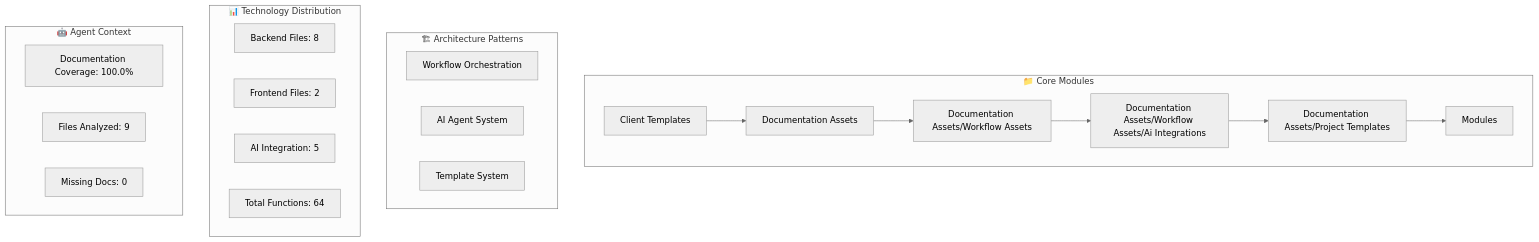
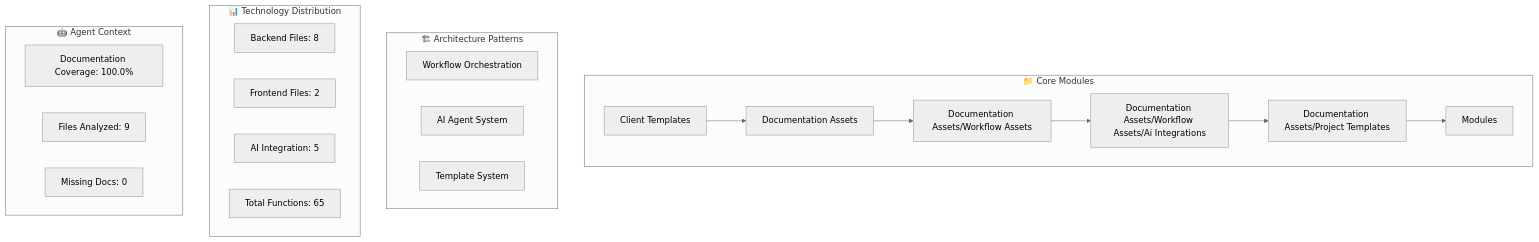
The second of 5 diagrams in ARCHITECTURE_DIAGRAM.md (Spitfire-Products/Arkival-V4), drawn with Mermaid (neutral theme) before and after one commit. The commit also changed other lines of this file and 5 other files, not shown here.

````diff
--- a/ARCHITECTURE_DIAGRAM.md
+++ b/ARCHITECTURE_DIAGRAM.md
@@ -44,36 +44,36 @@
 ```mermaid
 graph TB
     subgraph "📁 Core Modules"
         M0[Client Templates]
         M1[Documentation Assets]
         M2[Documentation Assets/Workflow Assets]
         M3[Documentation Assets/Workflow Assets/Ai Integrations]
         M4[Documentation Assets/Project Templates]
         M5[Modules]
 
         M0 --> M1
         M1 --> M2
         M2 --> M3
         M3 --> M4
         M4 --> M5
     end
 
     subgraph "🏗 Architecture Patterns"
         P0[Workflow Orchestration]
         P1[AI Agent System]
         P2[Template System]
     end
 
     subgraph "📊 Technology Distribution"
         T1[Backend Files: 8]
         T2[Frontend Files: 2]
         T3[AI Integration: 5]
-        T4[Total Functions: 64]
+        T4[Total Functions: 65]
     end
 
     subgraph "🤖 Agent Context"
         A1[Documentation Coverage: 100.0%]
         A2[Files Analyzed: 9]
         A3[Missing Docs: 0]
     end
 ```
````
